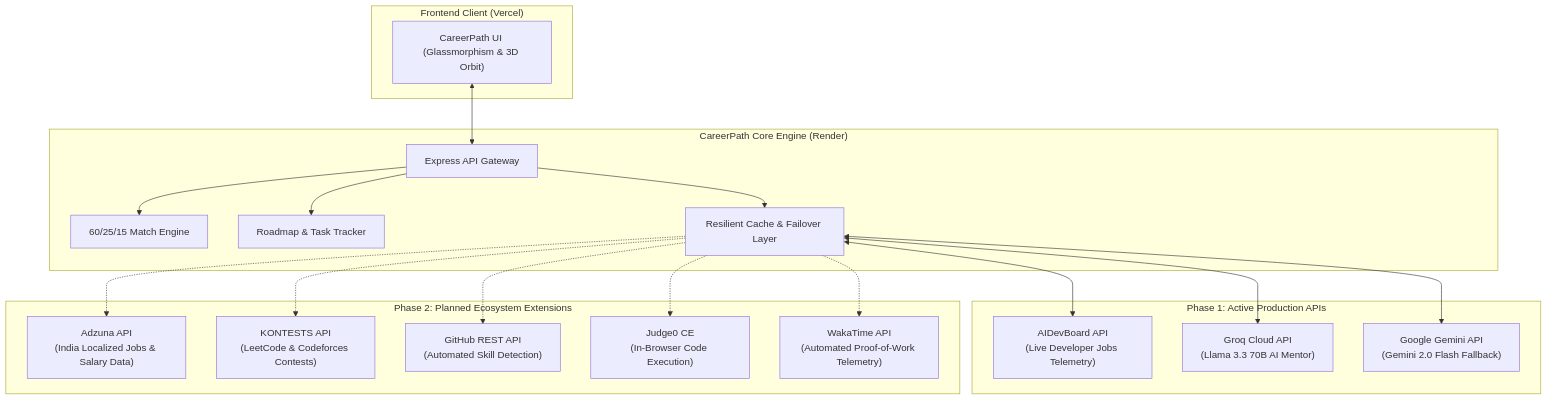
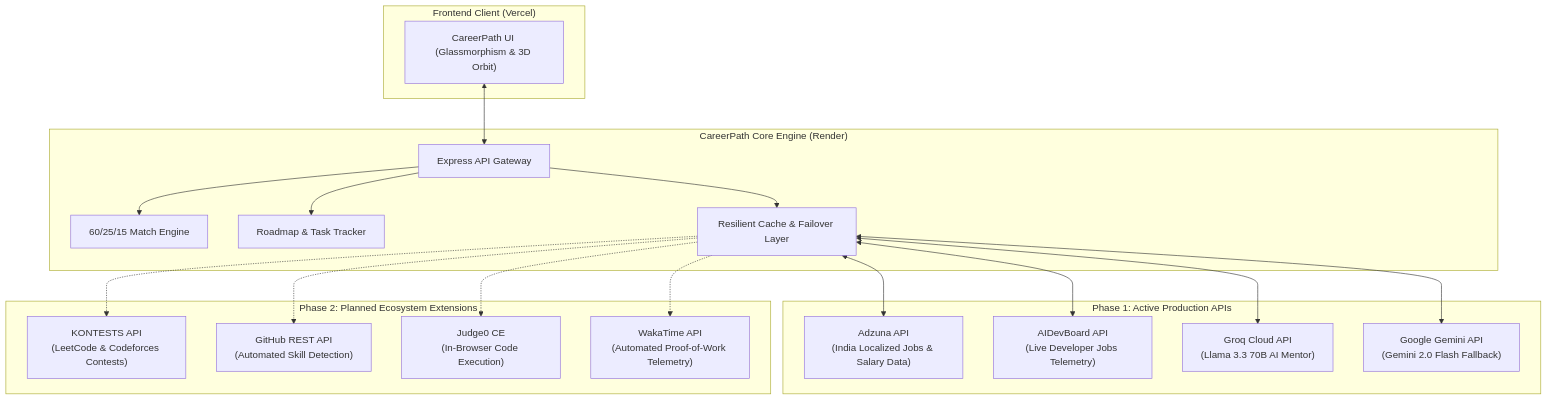
The diagram in docs/API-ECOSYSTEM.md (parthpatil1234p-svg/careerpath-ai), drawn with Mermaid before and after one commit. The commit also changed other lines of this file and 3 other files, not shown here.

Commit message:
feat(jobs): integrate Adzuna Developer API for live Indian tech jobs and salary benchmarks

````diff
--- a/docs/API-ECOSYSTEM.md
+++ b/docs/API-ECOSYSTEM.md
@@ -14,42 +14,42 @@
 ```mermaid
 flowchart TD
     subgraph Client ["Frontend Client (Vercel)"]
         UI["CareerPath UI (Glassmorphism & 3D Orbit)"]
     end
 
     subgraph Backend ["CareerPath Core Engine (Render)"]
         API_GW["Express API Gateway"]
         Scoring["60/25/15 Match Engine"]
         TaskTracker["Roadmap & Task Tracker"]
         Failover["Resilient Cache & Failover Layer"]
     end
 
     subgraph LiveAPIs ["Phase 1: Active Production APIs"]
+        Adzuna["Adzuna API\n(India Localized Jobs & Salary Data)"]
         AIDev["AIDevBoard API\n(Live Developer Jobs Telemetry)"]
         GroqAI["Groq Cloud API\n(Llama 3.3 70B AI Mentor)"]
         GeminiAI["Google Gemini API\n(Gemini 2.0 Flash Fallback)"]
     end
 
     subgraph Phase2APIs ["Phase 2: Planned Ecosystem Extensions"]
-        Adzuna["Adzuna API\n(India Localized Jobs & Salary Data)"]
         Kontests["KONTESTS API\n(LeetCode & Codeforces Contests)"]
         GitHubAPI["GitHub REST API\n(Automated Skill Detection)"]
         Judge0["Judge0 CE\n(In-Browser Code Execution)"]
         WakaTime["WakaTime API\n(Automated Proof-of-Work Telemetry)"]
     end
 
     UI <--> API_GW
     API_GW --> Scoring
     API_GW --> TaskTracker
     API_GW --> Failover
 
+    Failover <--> Adzuna
     Failover <--> AIDev
     Failover <--> GroqAI
     Failover <--> GeminiAI
 
-    Failover -.-> Adzuna
     Failover -.-> Kontests
     Failover -.-> GitHubAPI
     Failover -.-> Judge0
     Failover -.-> WakaTime
 ```
````
